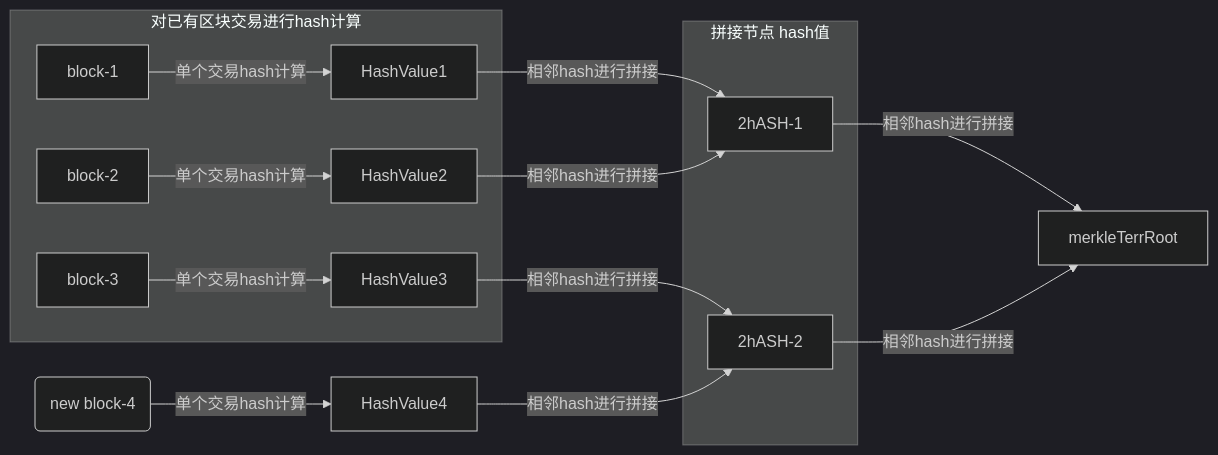
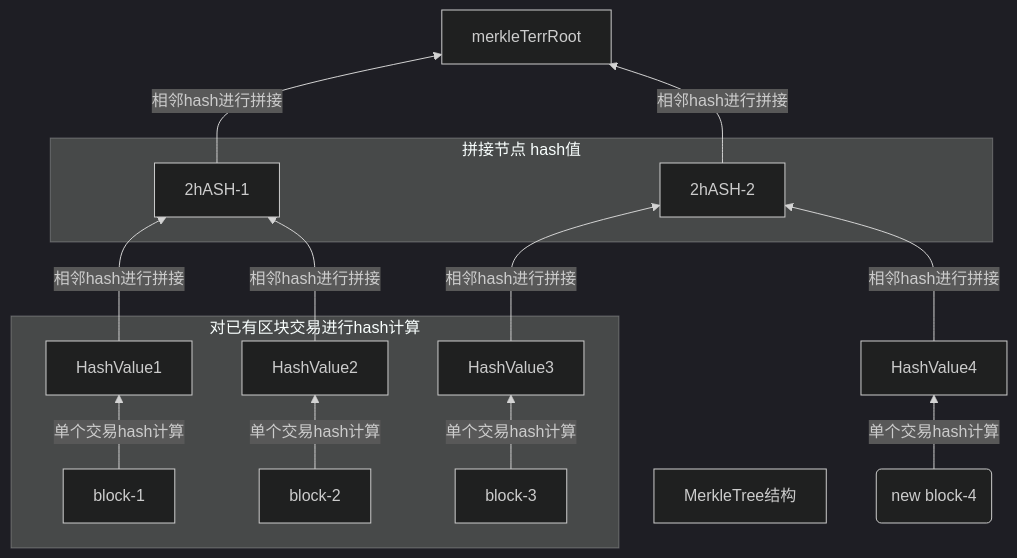
The diagram in block-chain/block-chain-algorithm/src/main/java/com/sozcos/merkel/README.md (sozcos-learn-blocchain/blockchain-principles), drawn with Mermaid (dark theme) before and after one commit. The commit also changed other lines of this file and 1 other file, not shown here.

````diff
--- a/block-chain/block-chain-algorithm/src/main/java/com/sozcos/merkel/README.md
+++ b/block-chain/block-chain-algorithm/src/main/java/com/sozcos/merkel/README.md
@@ -21,24 +21,26 @@
 ```mermaid
-flowchart LR
+flowchart BT
+    MerkleTree结构
+    
     subgraph a["对已有区块交易进行hash计算"]
         block-1 -- 单个交易hash计算 --> HashValue1
         block-2 -- 单个交易hash计算 --> HashValue2
         block-3 -- 单个交易hash计算 --> HashValue3
     end
     newb -- 单个交易hash计算 --> HashValue4
     newb("new block-4")
     HashValue1 -- 相邻hash进行拼接 --> 2hASH-1
     HashValue2 -- 相邻hash进行拼接 --> 2hASH-1
     HashValue3 -- 相邻hash进行拼接 --> 2hASH-2
     HashValue4 -- 相邻hash进行拼接 --> 2hASH-2
     
      subgraph B["拼接节点 hash值"]
          2hASH-1
          2hASH-1
          2hASH-2
          2hASH-2
      end
     
     2hASH-1 -- 相邻hash进行拼接 --> merkleTerrRoot
     2hASH-2 -- 相邻hash进行拼接 --> merkleTerrRoot
 ```
````
